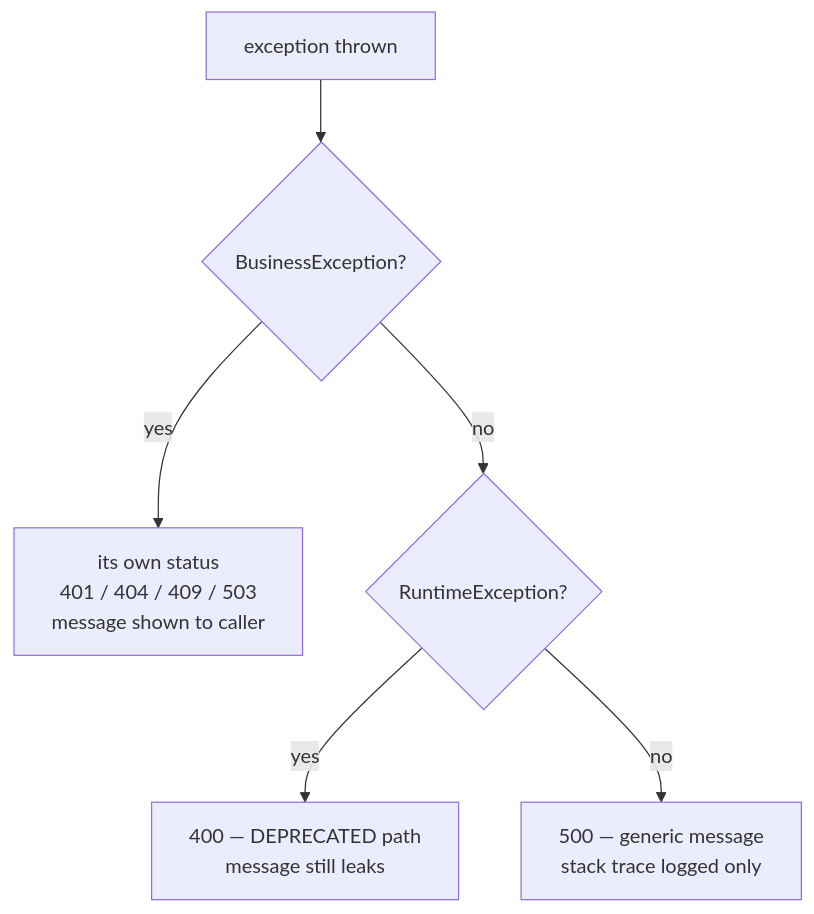
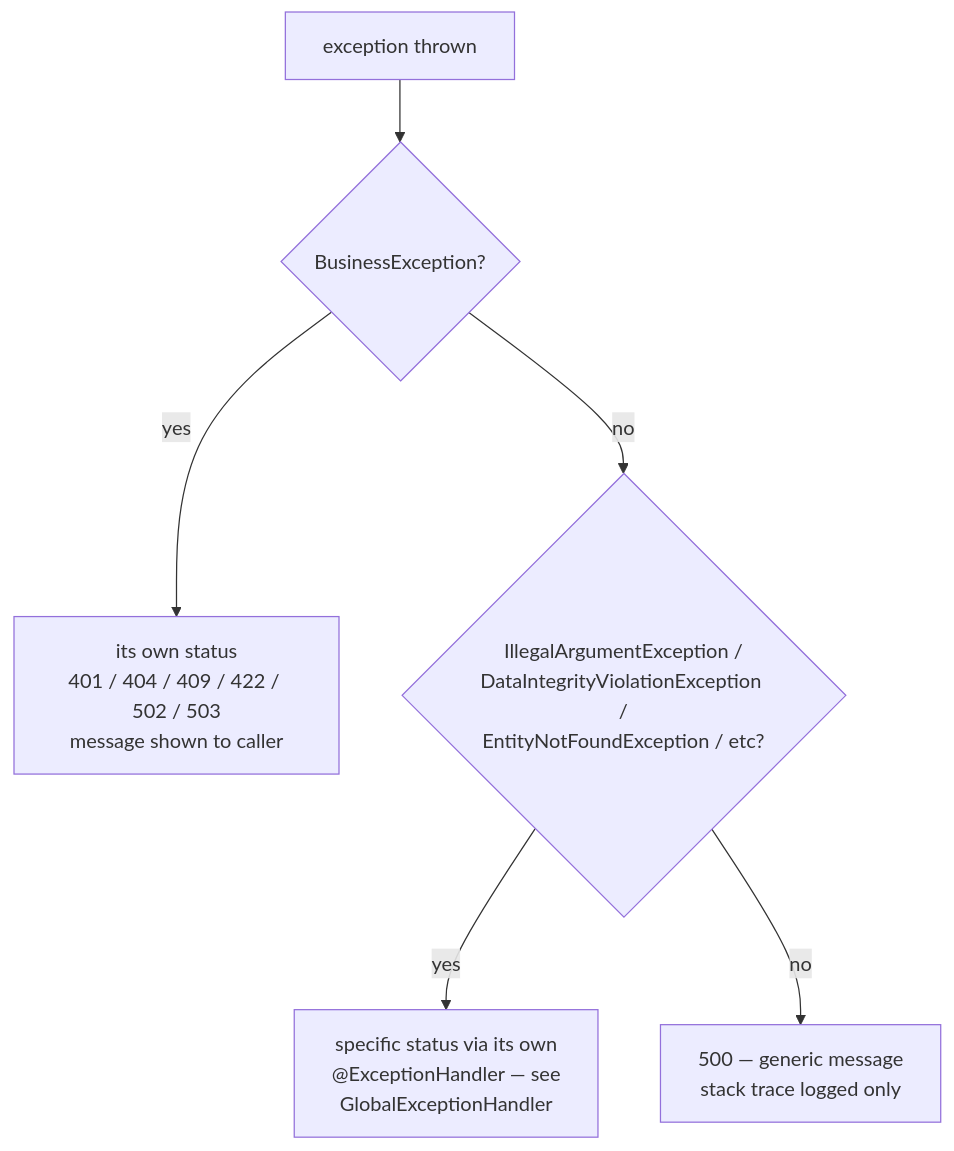
The sixth of 9 diagrams in ARCHITECTURE.md (AbdouHanafy-dev/dunes-insolites), drawn with Mermaid before and after one commit. The commit also changed other lines of this file and 319 other files, not shown here.

````diff
--- a/ARCHITECTURE.md
+++ b/ARCHITECTURE.md
@@ -391,8 +395,8 @@
 ```mermaid
 graph TD
     E["exception thrown"] --> B{"BusinessException?"}
-    B -->|yes| S["its own status<br/>401 / 404 / 409 / 503<br/>message shown to caller"]
-    B -->|no| R{"RuntimeException?"}
-    R -->|yes| D["400 — DEPRECATED path<br/>message still leaks"]
-    R -->|no| G["500 — generic message<br/>stack trace logged only"]
+    B -->|yes| S["its own status<br/>401 / 404 / 409 / 422 / 502 / 503<br/>message shown to caller"]
+    B -->|no| C{"IllegalArgumentException /<br/>DataIntegrityViolationException /<br/>EntityNotFoundException / etc?"}
+    C -->|yes| M["specific status via its own<br/>@ExceptionHandler — see<br/>GlobalExceptionHandler"]
+    C -->|no| G["500 — generic message<br/>stack trace logged only"]
 ```
````
